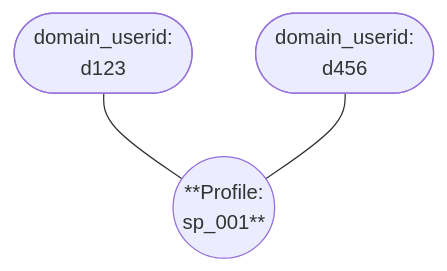
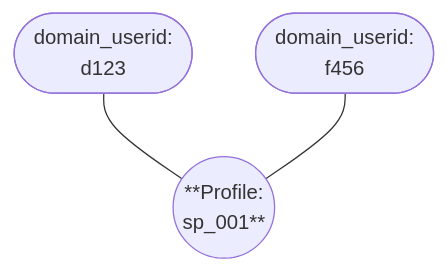
One commit to snowplow/documentation changed the eighth of 9 diagrams in docs/identities/concepts/index.md. Above: the diagram before and after it, drawn with Mermaid. The commit also changed other lines of this file, not shown here.

````diff
--- a/docs/identities/concepts/index.md
+++ b/docs/identities/concepts/index.md
@@ -235,9 +282,9 @@
 ```mermaid
 graph TD
     A(["domain_userid:<br/>d123"])
-    D(["domain_userid:<br/>d456"])
+    D(["domain_userid:<br/>f456"])
     P1(("**Profile:<br/>sp_001**"))
 
     A --- P1
     D --- P1
 ```
````
